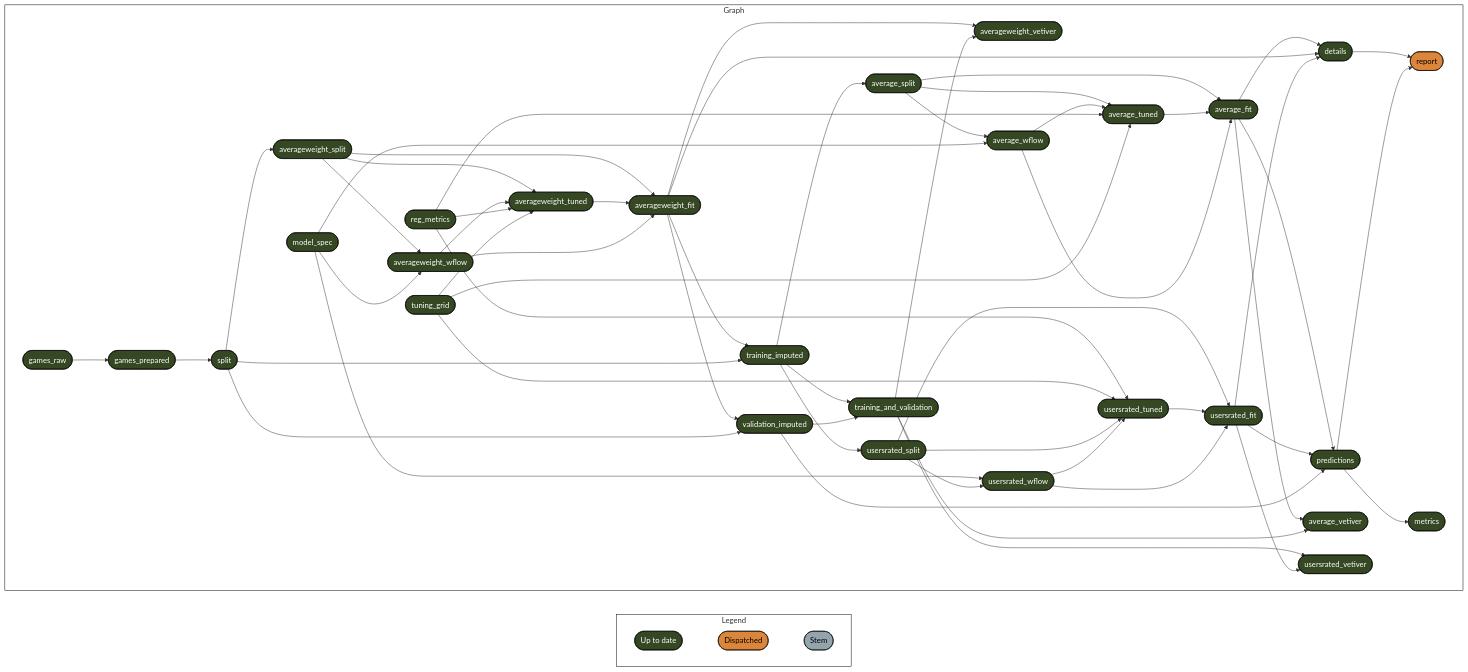
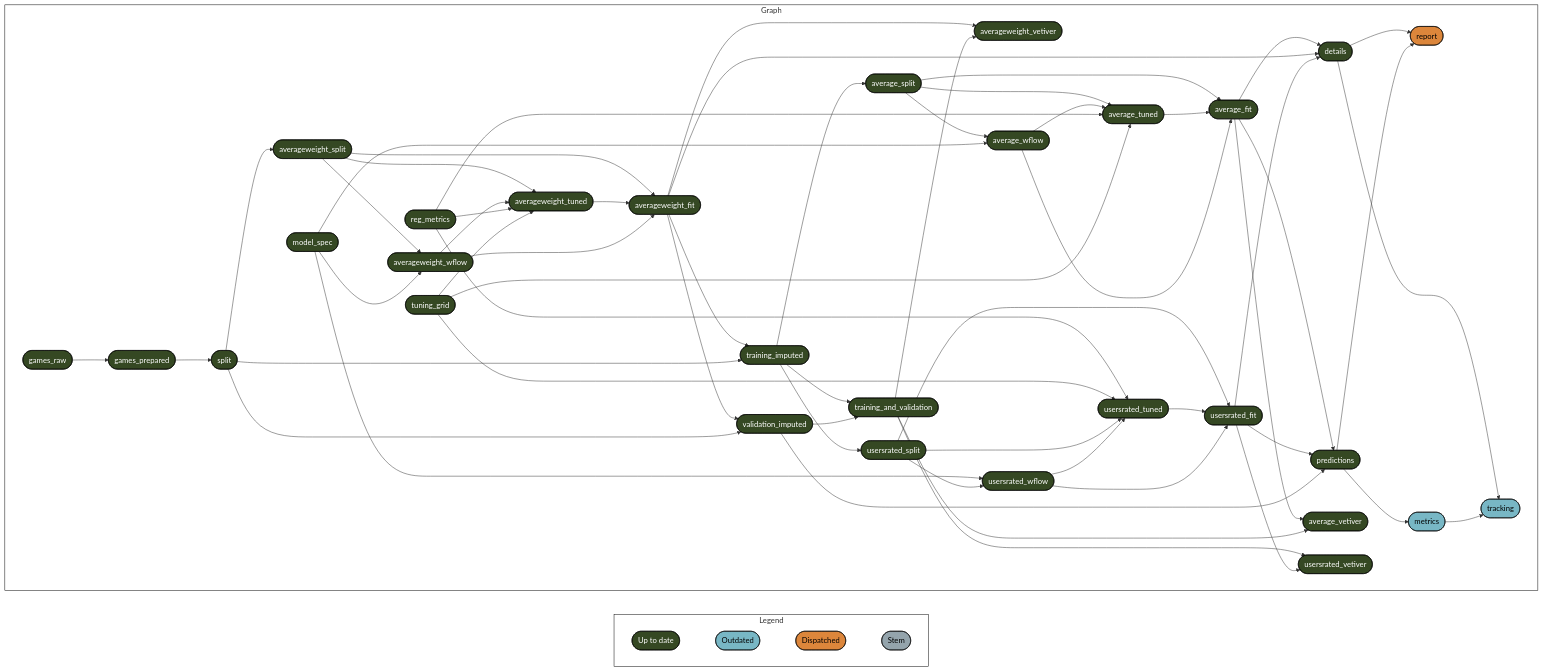
One commit to phenrickson/bgg_models changed the diagram in targets-runs/results.md. Above: the diagram before and after it, drawn with Mermaid. The commit also changed other lines of this file and 4 other files, not shown here.

````diff
--- a/targets-runs/results.md
+++ b/targets-runs/results.md
@@ -8,71 +8,76 @@
 ``` mermaid
 graph LR
   style Legend fill:#FFFFFF00,stroke:#000000;
   style Graph fill:#FFFFFF00,stroke:#000000;
   subgraph Legend
     direction LR
-    x7420bd9270f8d27d([""Up to date""]):::uptodate --- xa8565c104d8f0705([""Dispatched""]):::dispatched
+    x7420bd9270f8d27d([""Up to date""]):::uptodate --- x0a52b03877696646([""Outdated""]):::outdated
+    x0a52b03877696646([""Outdated""]):::outdated --- xa8565c104d8f0705([""Dispatched""]):::dispatched
     xa8565c104d8f0705([""Dispatched""]):::dispatched --- xbf4603d6c2c2ad6b([""Stem""]):::none
   end
   subgraph Graph
     direction LR
     xe73a0f95bb7c669b(["games_prepared"]):::uptodate --> x6a9d509448f9bd3e(["split"]):::uptodate
     x0f34a02bd6ed632f(["averageweight_fit"]):::uptodate --> xcbeb0ce109eb5b86(["averageweight_vetiver"]):::uptodate
     xe5bd2d3c6fdf29ae(["training_and_validation"]):::uptodate --> xcbeb0ce109eb5b86(["averageweight_vetiver"]):::uptodate
     x170105733f313efa(["training_imputed"]):::uptodate --> x634aca9b773632c4(["usersrated_split"]):::uptodate
     x47290a9e3258c6f8(["averageweight_split"]):::uptodate --> x0f34a02bd6ed632f(["averageweight_fit"]):::uptodate
     x04d83687468f3fc4(["averageweight_tuned"]):::uptodate --> x0f34a02bd6ed632f(["averageweight_fit"]):::uptodate
     xa620e5e9c738b77b(["averageweight_wflow"]):::uptodate --> x0f34a02bd6ed632f(["averageweight_fit"]):::uptodate
     xc0de7cb1ceaaae9a(["average_fit"]):::uptodate --> x45aff652992a023a(["details"]):::uptodate
     x0f34a02bd6ed632f(["averageweight_fit"]):::uptodate --> x45aff652992a023a(["details"]):::uptodate
     xd6936e852f1fbe47(["usersrated_fit"]):::uptodate --> x45aff652992a023a(["details"]):::uptodate
+    x170105733f313efa(["training_imputed"]):::uptodate --> xe5bd2d3c6fdf29ae(["training_and_validation"]):::uptodate
+    x60bd72cb3684ce1d(["validation_imputed"]):::uptodate --> xe5bd2d3c6fdf29ae(["training_and_validation"]):::uptodate
     x5225ac863fffff5b(["model_spec"]):::uptodate --> x2c80a51924a741af(["usersrated_wflow"]):::uptodate
     x634aca9b773632c4(["usersrated_split"]):::uptodate --> x2c80a51924a741af(["usersrated_wflow"]):::uptodate
-    x170105733f313efa(["training_imputed"]):::uptodate --> xe5bd2d3c6fdf29ae(["training_and_validation"]):::uptodate
-    x60bd72cb3684ce1d(["validation_imputed"]):::uptodate --> xe5bd2d3c6fdf29ae(["training_and_validation"]):::uptodate
     xc0de7cb1ceaaae9a(["average_fit"]):::uptodate --> xcf910d7efaac5be7(["predictions"]):::uptodate
     xd6936e852f1fbe47(["usersrated_fit"]):::uptodate --> xcf910d7efaac5be7(["predictions"]):::uptodate
     x60bd72cb3684ce1d(["validation_imputed"]):::uptodate --> xcf910d7efaac5be7(["predictions"]):::uptodate
     x634aca9b773632c4(["usersrated_split"]):::uptodate --> xd6936e852f1fbe47(["usersrated_fit"]):::uptodate
     x8b18f98f2746942f(["usersrated_tuned"]):::uptodate --> xd6936e852f1fbe47(["usersrated_fit"]):::uptodate
     x2c80a51924a741af(["usersrated_wflow"]):::uptodate --> xd6936e852f1fbe47(["usersrated_fit"]):::uptodate
     x6a9d509448f9bd3e(["split"]):::uptodate --> x47290a9e3258c6f8(["averageweight_split"]):::uptodate
     x80752a9437f8f285(["average_split"]):::uptodate --> xc0de7cb1ceaaae9a(["average_fit"]):::uptodate
     xd0ff2216903615b0(["average_tuned"]):::uptodate --> xc0de7cb1ceaaae9a(["average_fit"]):::uptodate
     x8d1623556cc14734(["average_wflow"]):::uptodate --> xc0de7cb1ceaaae9a(["average_fit"]):::uptodate
     x2b7f0716b8751c70(["games_raw"]):::uptodate --> xe73a0f95bb7c669b(["games_prepared"]):::uptodate
     x170105733f313efa(["training_imputed"]):::uptodate --> x80752a9437f8f285(["average_split"]):::uptodate
     x47290a9e3258c6f8(["averageweight_split"]):::uptodate --> xa620e5e9c738b77b(["averageweight_wflow"]):::uptodate
     x5225ac863fffff5b(["model_spec"]):::uptodate --> xa620e5e9c738b77b(["averageweight_wflow"]):::uptodate
     xc0de7cb1ceaaae9a(["average_fit"]):::uptodate --> x1b61a8b8a8b5e6c2(["average_vetiver"]):::uptodate
     xe5bd2d3c6fdf29ae(["training_and_validation"]):::uptodate --> x1b61a8b8a8b5e6c2(["average_vetiver"]):::uptodate
     xe5bd2d3c6fdf29ae(["training_and_validation"]):::uptodate --> x156a6ed4485a6769(["usersrated_vetiver"]):::uptodate
     xd6936e852f1fbe47(["usersrated_fit"]):::uptodate --> x156a6ed4485a6769(["usersrated_vetiver"]):::uptodate
     x45aff652992a023a(["details"]):::uptodate --> xe0fba61fbc506510(["report"]):::dispatched
     xcf910d7efaac5be7(["predictions"]):::uptodate --> xe0fba61fbc506510(["report"]):::dispatched
     x80752a9437f8f285(["average_split"]):::uptodate --> xd0ff2216903615b0(["average_tuned"]):::uptodate
     x8d1623556cc14734(["average_wflow"]):::uptodate --> xd0ff2216903615b0(["average_tuned"]):::uptodate
     x65f5ea8ba96b7060(["reg_metrics"]):::uptodate --> xd0ff2216903615b0(["average_tuned"]):::uptodate
     xa35bb8a740e7efd3(["tuning_grid"]):::uptodate --> xd0ff2216903615b0(["average_tuned"]):::uptodate
     x0f34a02bd6ed632f(["averageweight_fit"]):::uptodate --> x170105733f313efa(["training_imputed"]):::uptodate
     x6a9d509448f9bd3e(["split"]):::uptodate --> x170105733f313efa(["training_imputed"]):::uptodate
     x0f34a02bd6ed632f(["averageweight_fit"]):::uptodate --> x60bd72cb3684ce1d(["validation_imputed"]):::uptodate
     x6a9d509448f9bd3e(["split"]):::uptodate --> x60bd72cb3684ce1d(["validation_imputed"]):::uptodate
     x47290a9e3258c6f8(["averageweight_split"]):::uptodate --> x04d83687468f3fc4(["averageweight_tuned"]):::uptodate
     xa620e5e9c738b77b(["averageweight_wflow"]):::uptodate --> x04d83687468f3fc4(["averageweight_tuned"]):::uptodate
     x65f5ea8ba96b7060(["reg_metrics"]):::uptodate --> x04d83687468f3fc4(["averageweight_tuned"]):::uptodate
     xa35bb8a740e7efd3(["tuning_grid"]):::uptodate --> x04d83687468f3fc4(["averageweight_tuned"]):::uptodate
-    xcf910d7efaac5be7(["predictions"]):::uptodate --> x0c3f7bbc2bd5a2a9(["metrics"]):::uptodate
+    xcf910d7efaac5be7(["predictions"]):::uptodate --> x0c3f7bbc2bd5a2a9(["metrics"]):::outdated
     x80752a9437f8f285(["average_split"]):::uptodate --> x8d1623556cc14734(["average_wflow"]):::uptodate
     x5225ac863fffff5b(["model_spec"]):::uptodate --> x8d1623556cc14734(["average_wflow"]):::uptodate
     x65f5ea8ba96b7060(["reg_metrics"]):::uptodate --> x8b18f98f2746942f(["usersrated_tuned"]):::uptodate
     xa35bb8a740e7efd3(["tuning_grid"]):::uptodate --> x8b18f98f2746942f(["usersrated_tuned"]):::uptodate
     x634aca9b773632c4(["usersrated_split"]):::uptodate --> x8b18f98f2746942f(["usersrated_tuned"]):::uptodate
     x2c80a51924a741af(["usersrated_wflow"]):::uptodate --> x8b18f98f2746942f(["usersrated_tuned"]):::uptodate
+    x45aff652992a023a(["details"]):::uptodate --> x92c9ab88ae1439d1(["tracking"]):::outdated
+    x0c3f7bbc2bd5a2a9(["metrics"]):::outdated --> x92c9ab88ae1439d1(["tracking"]):::outdated
   end
   classDef uptodate stroke:#000000,color:#ffffff,fill:#354823;
+  classDef outdated stroke:#000000,color:#000000,fill:#78B7C5;
   classDef dispatched stroke:#000000,color:#000000,fill:#DC863B;
   classDef none stroke:#000000,color:#000000,fill:#94a4ac;
   linkStyle 0 stroke-width:0px;
   linkStyle 1 stroke-width:0px;
+  linkStyle 2 stroke-width:0px;
 ```
````
